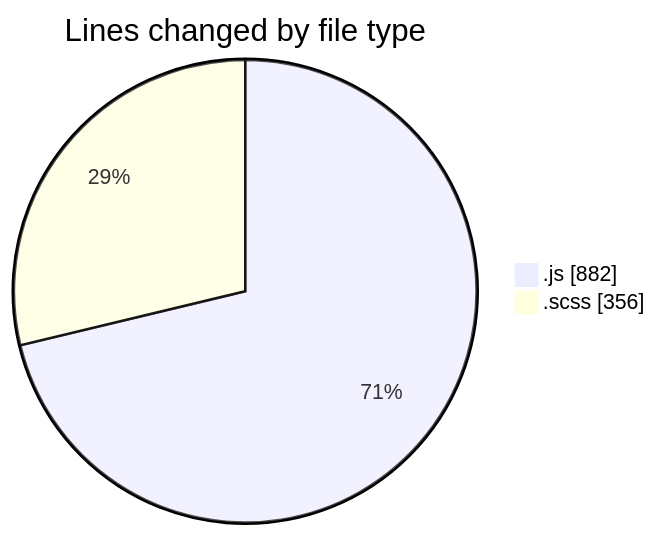
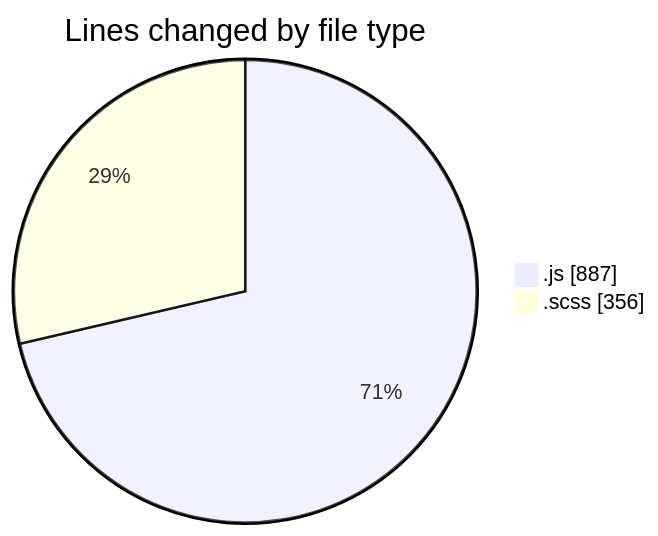
One commit to momahboobian/code-tracking changed the first of 2 diagrams in 2026-01-05/cda/README.md. Above: the diagram before and after it, drawn with Mermaid. The commit also changed other lines of this file and 1 other file, not shown here.

````diff
--- a/2026-01-05/cda/README.md
+++ b/2026-01-05/cda/README.md
@@ -27,6 +27,6 @@
 ```mermaid
 pie showData
 title Lines changed by file type
-".js" : 882
+".js" : 887
 ".scss" : 356
 ```
````
